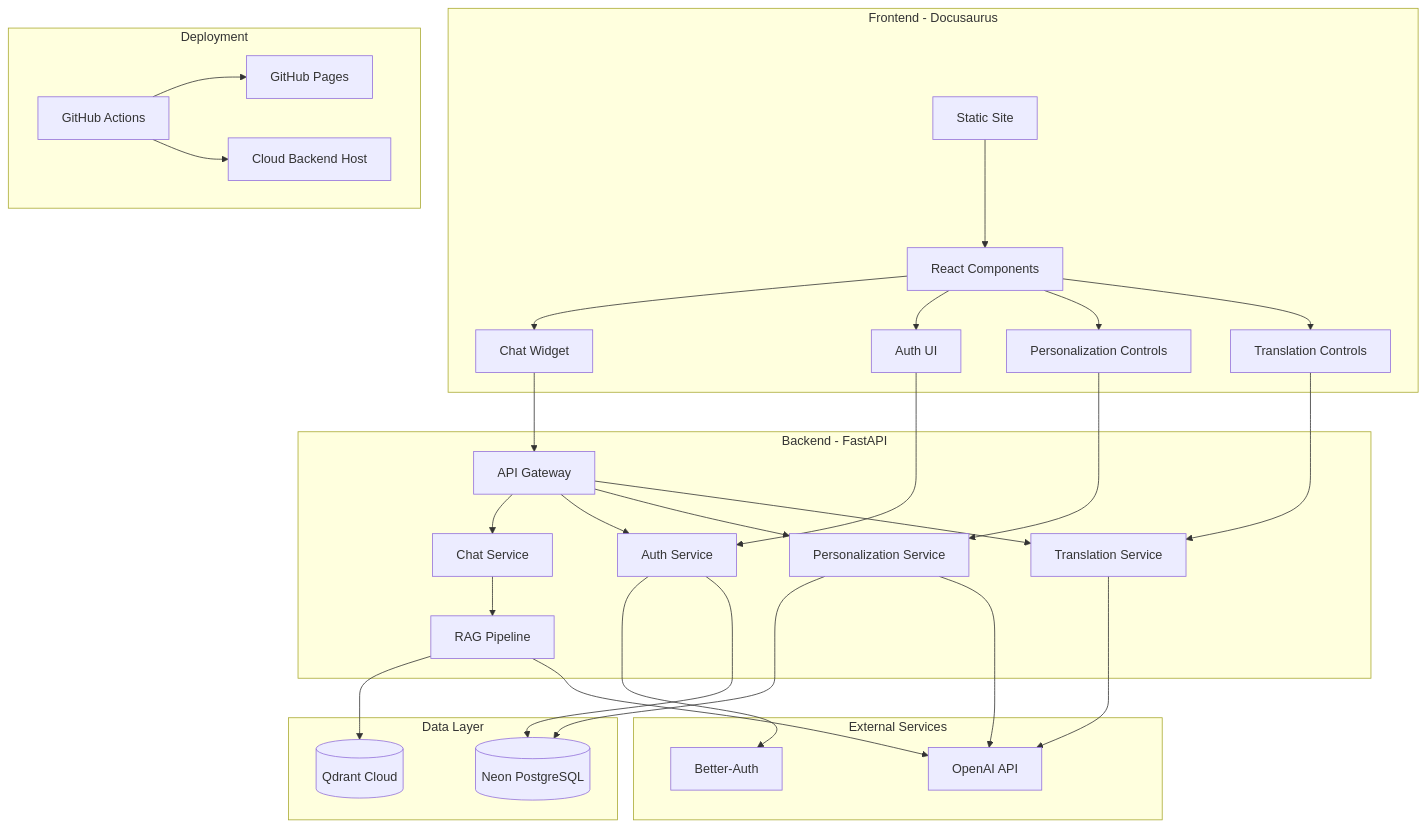
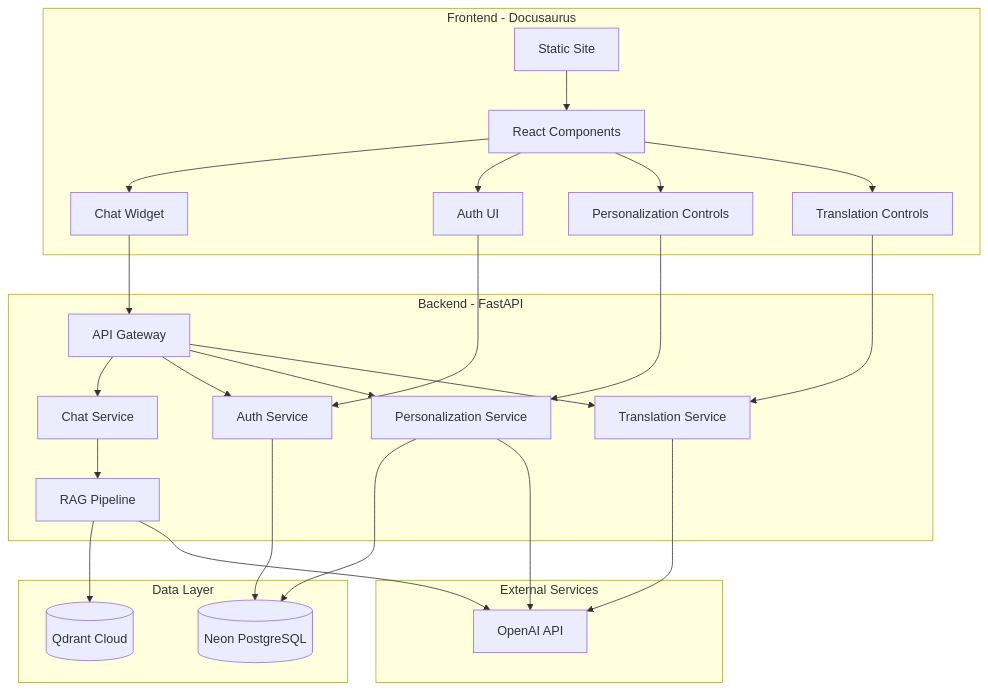
The first of 2 diagrams in .kiro/specs/physical-ai-textbook/design.md (farazahmed7530/physical-ai-textbook), drawn with Mermaid before and after one commit. The commit also changed other lines of this file and 30 other files, not shown here.

````diff
--- a/.kiro/specs/physical-ai-textbook/design.md
+++ b/.kiro/specs/physical-ai-textbook/design.md
@@ -11,50 +9,39 @@
 ```mermaid
 graph TB
     subgraph "Frontend - Docusaurus"
         A[Static Site] --> B[React Components]
         B --> C[Chat Widget]
         B --> D[Auth UI]
         B --> E[Personalization Controls]
         B --> F[Translation Controls]
     end
 
     subgraph "Backend - FastAPI"
         G[API Gateway] --> H[Chat Service]
         G --> I[Auth Service]
         G --> J[Personalization Service]
         G --> K[Translation Service]
         H --> L[RAG Pipeline]
     end
 
     subgraph "Data Layer"
         M[(Neon PostgreSQL)]
         N[(Qdrant Cloud)]
     end
 
     subgraph "External Services"
         O[OpenAI API]
-        P[Better-Auth]
     end
 
     C --> G
     D --> I
     E --> J
     F --> K
 
     L --> N
     L --> O
-    I --> P
     I --> M
     J --> M
     J --> O
     K --> O
-
-    subgraph "Deployment"
-        Q[GitHub Actions]
-        R[GitHub Pages]
-        S[Cloud Backend Host]
-    end
-
-    Q --> R
-    Q --> S
 ```
````
